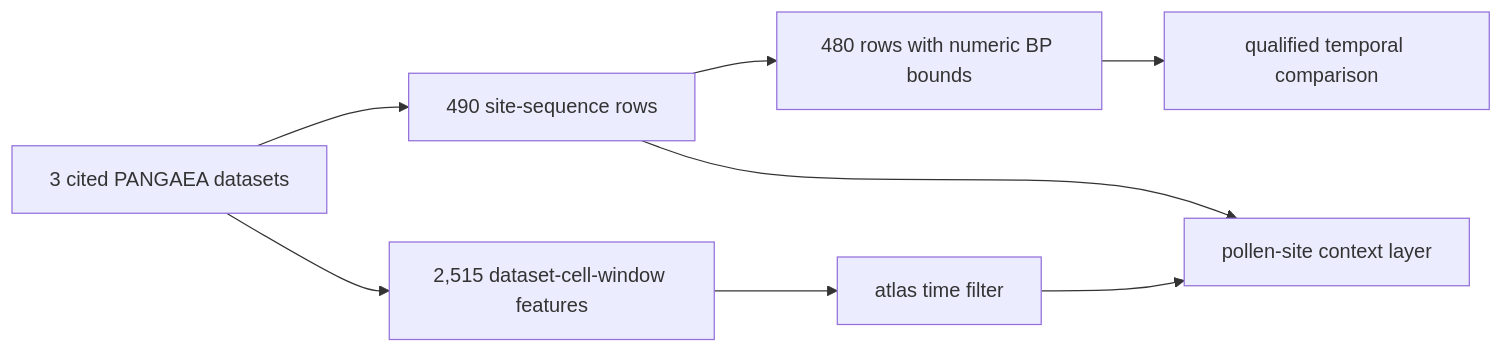
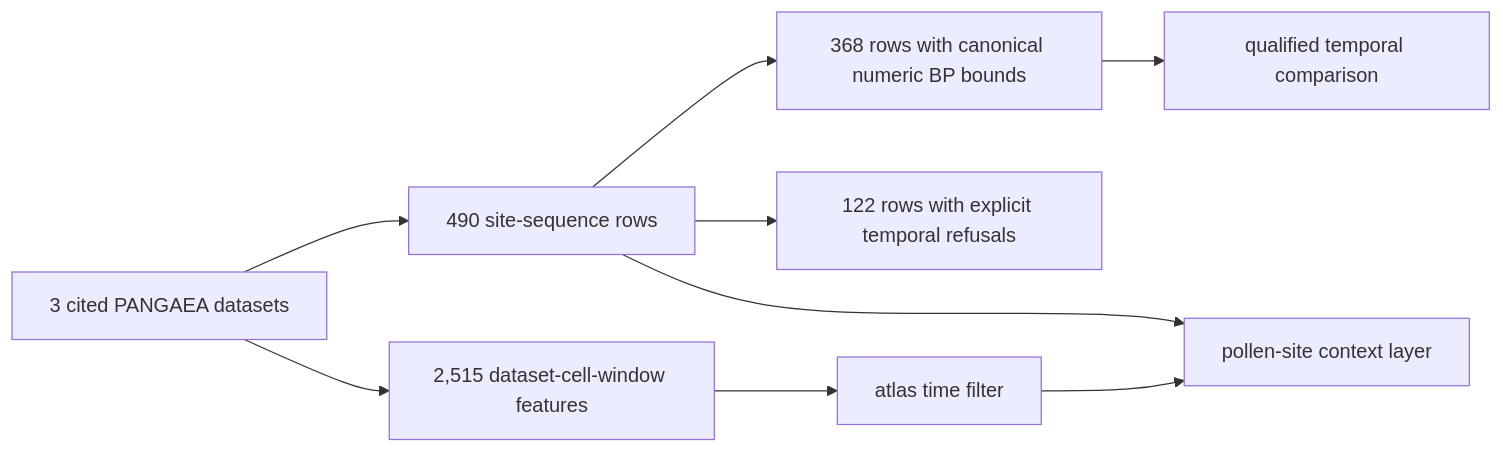
Before and after one commit to bijux/bijux-pollenomics: the first of 2 diagrams in docs/public/pollenomics-data/publications/landclim-exports.md, drawn with Mermaid. The commit also changed other lines of this file and 14 other files, not shown here.

Commit message:
docs(science): document canonical chronology refusals

````diff
--- a/docs/public/pollenomics-data/publications/landclim-exports.md
+++ b/docs/public/pollenomics-data/publications/landclim-exports.md
@@ -51,10 +52,11 @@
 ```mermaid
 flowchart LR
     Datasets["3 cited PANGAEA datasets"] --> Sites["490 site-sequence rows"]
     Datasets --> Grids["2,515 dataset-cell-window features"]
-    Sites --> Time["480 rows with numeric BP bounds"]
+    Sites --> Time["368 rows with canonical numeric BP bounds"]
+    Sites --> Refused["122 rows with explicit temporal refusals"]
     Sites --> Context["pollen-site context layer"]
     Grids --> Filter["atlas time filter"]
     Filter --> Context
     Time --> Compare["qualified temporal comparison"]
 ```
````
